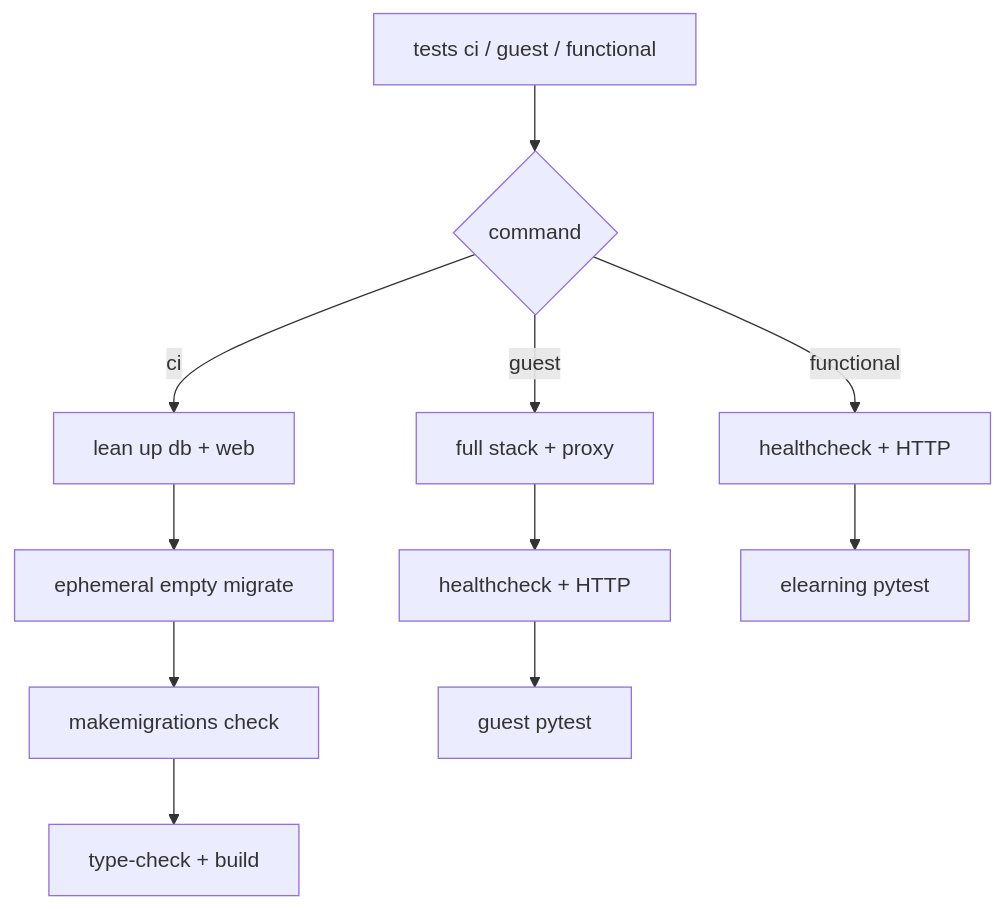
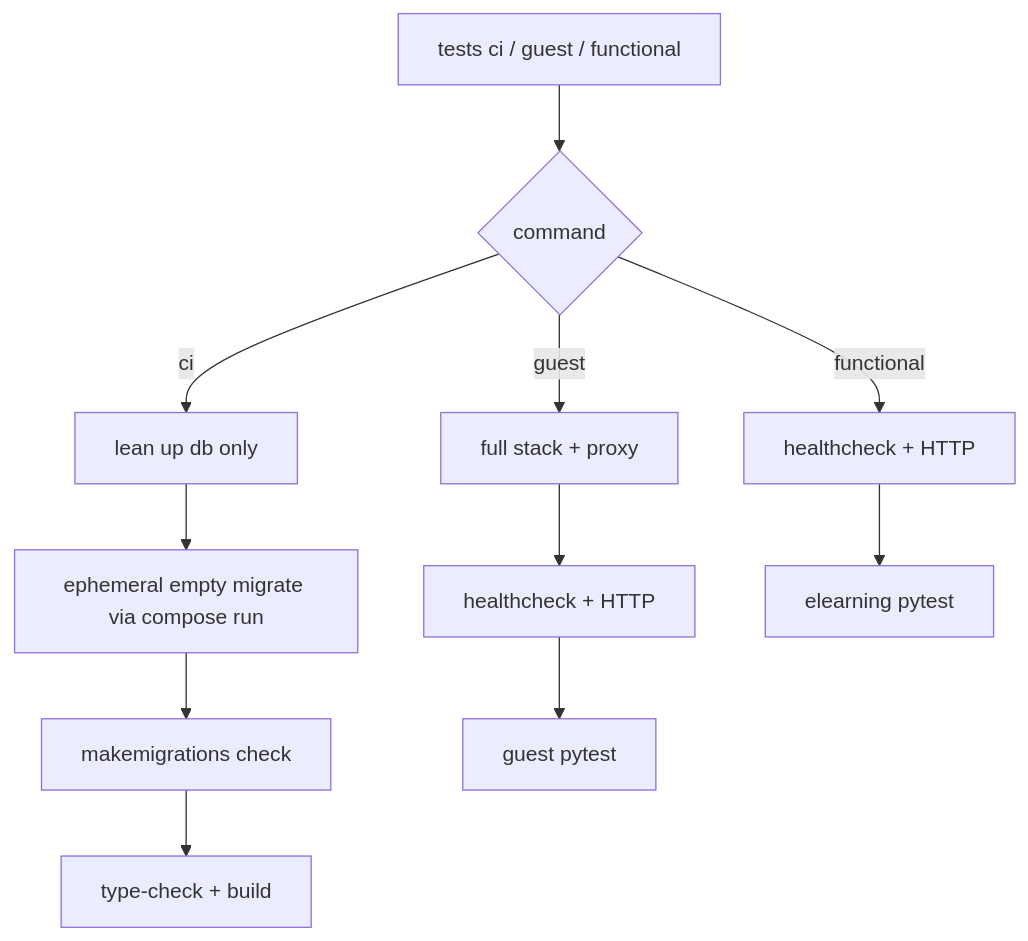
The diagram in docs/SMOKE_TESTS.md (catalpainternational/catalpa-workspace-tooling), drawn with Mermaid before and after one commit. The commit also changed other lines of this file and 3 other files, not shown here.

First line of the commit message:
tests ci: db-only lean stack and compose run for manage

````diff
--- a/docs/SMOKE_TESTS.md
+++ b/docs/SMOKE_TESTS.md
@@ -47,13 +47,13 @@
 ```mermaid
 flowchart TD
   start[tests ci / guest / functional] --> mode{command}
-  mode -->|ci| upLean[lean up db + web]
-  upLean --> emptyMigrate[ephemeral empty migrate]
+  mode -->|ci| upLean[lean up db only]
+  upLean --> emptyMigrate[ephemeral empty migrate via compose run]
   emptyMigrate --> makemigrations[makemigrations check]
   makemigrations --> build[type-check + build]
   mode -->|guest| upFull[full stack + proxy]
   upFull --> web[healthcheck + HTTP]
   web --> pytest[guest pytest]
   mode -->|functional| web2[healthcheck + HTTP]
   web2 --> pytestF[elearning pytest]
 ```
````
